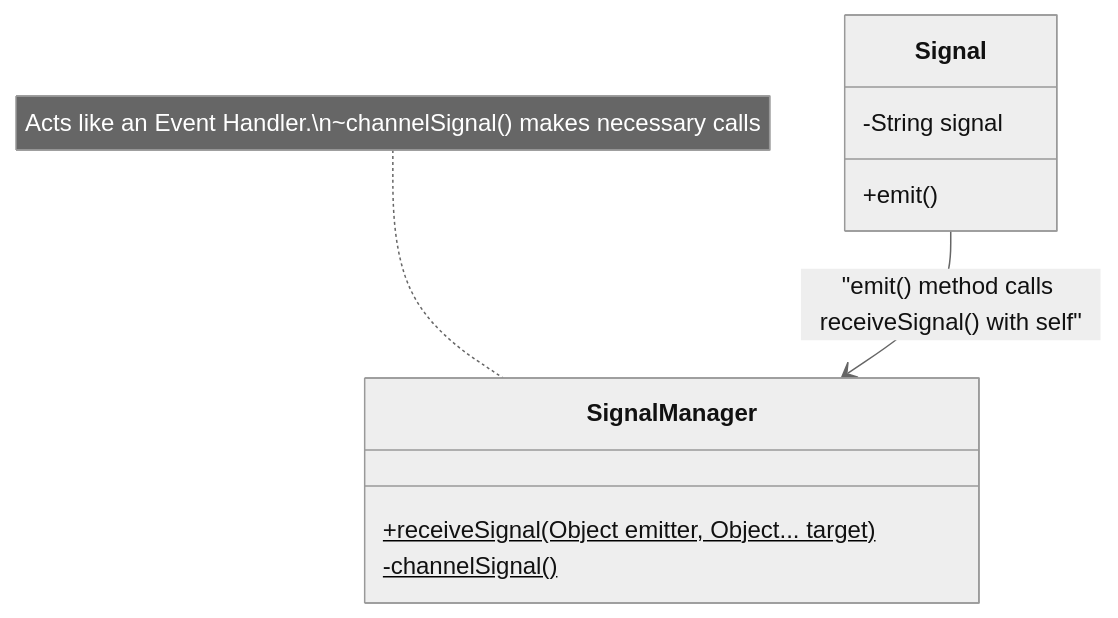
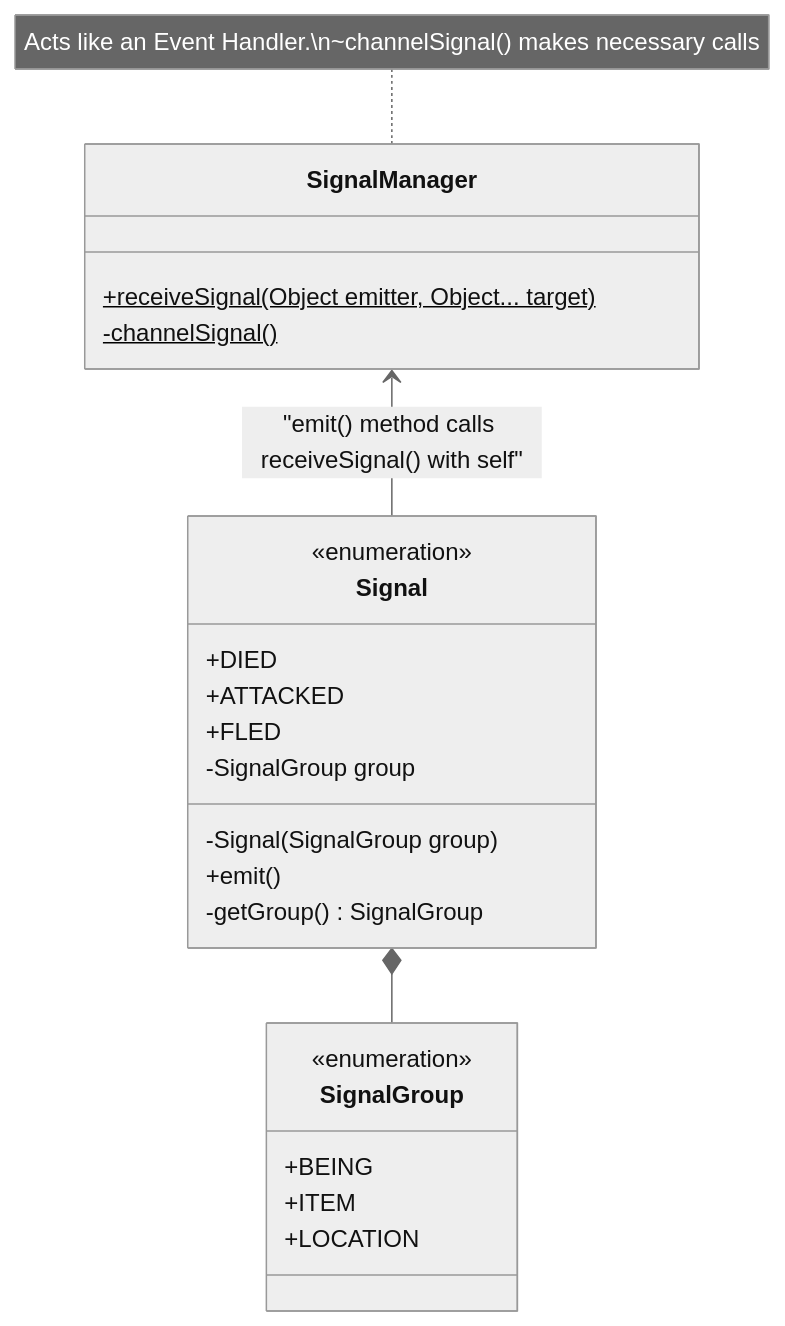
Before and after one commit to gokdenizozkan/patika-plus: the fourth of 11 diagrams in src/patikaplus/week4/nighter/readme.md, drawn with Mermaid (neutral theme). The commit also changed other lines of this file and 1 other file, not shown here.

````diff
--- a/src/patikaplus/week4/nighter/readme.md
+++ b/src/patikaplus/week4/nighter/readme.md
@@ -212,16 +247,32 @@
 ```mermaid
 classDiagram
-    Signal --> SignalManager : "emit() method calls receiveSignal() with self"
+    SignalManager <-- Signal : "emit() method calls receiveSignal() with self"
+    Signal *-- SignalGroup
     
     note for SignalManager "Acts like an Event Handler.\n~channelSignal() makes necessary calls"
     
     class SignalManager {
         +receiveSignal(Object emitter, Object... target) $
         -channelSignal() $
     }
-    
+
     class Signal {
-        -String signal
+        <<enumeration>>
+        +DIED
+        +ATTACKED
+        +FLED
+
+        -SignalGroup group
+
+        -Signal(SignalGroup group)
         +emit()
+        -getGroup() SignalGroup
+    }
+
+    class SignalGroup {
+        <<enumeration>>
+        +BEING
+        +ITEM
+        +LOCATION
     }
 ```
````
